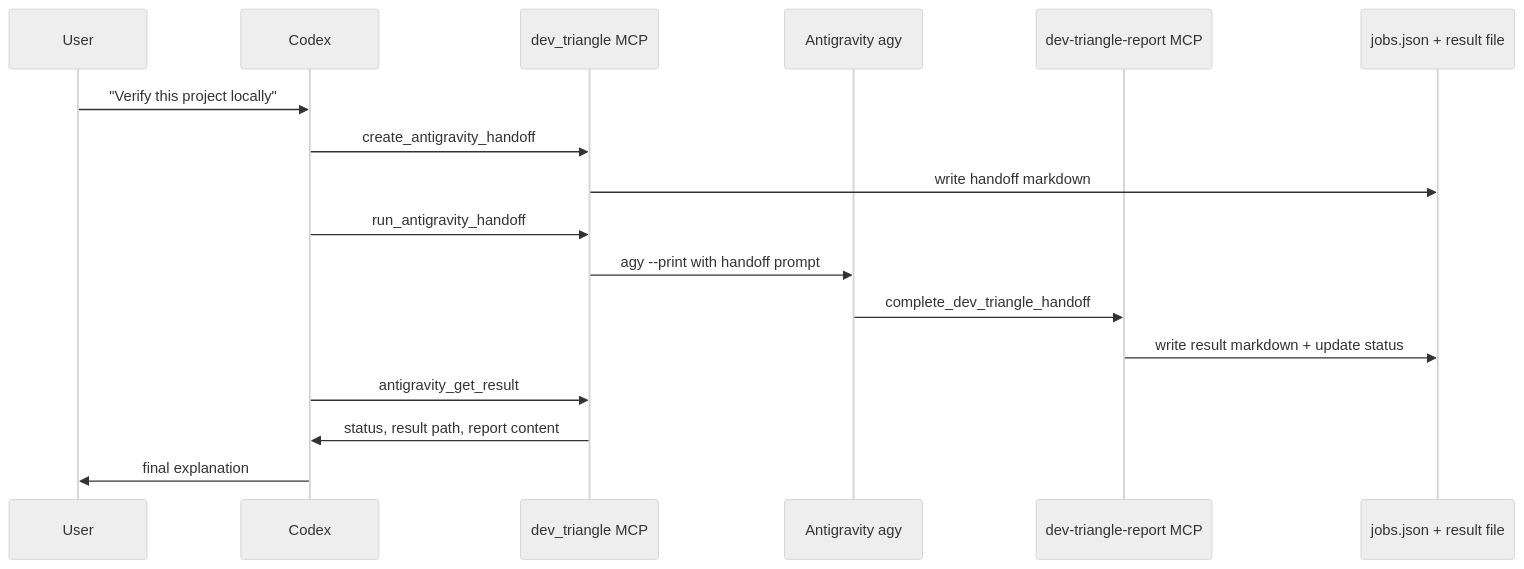
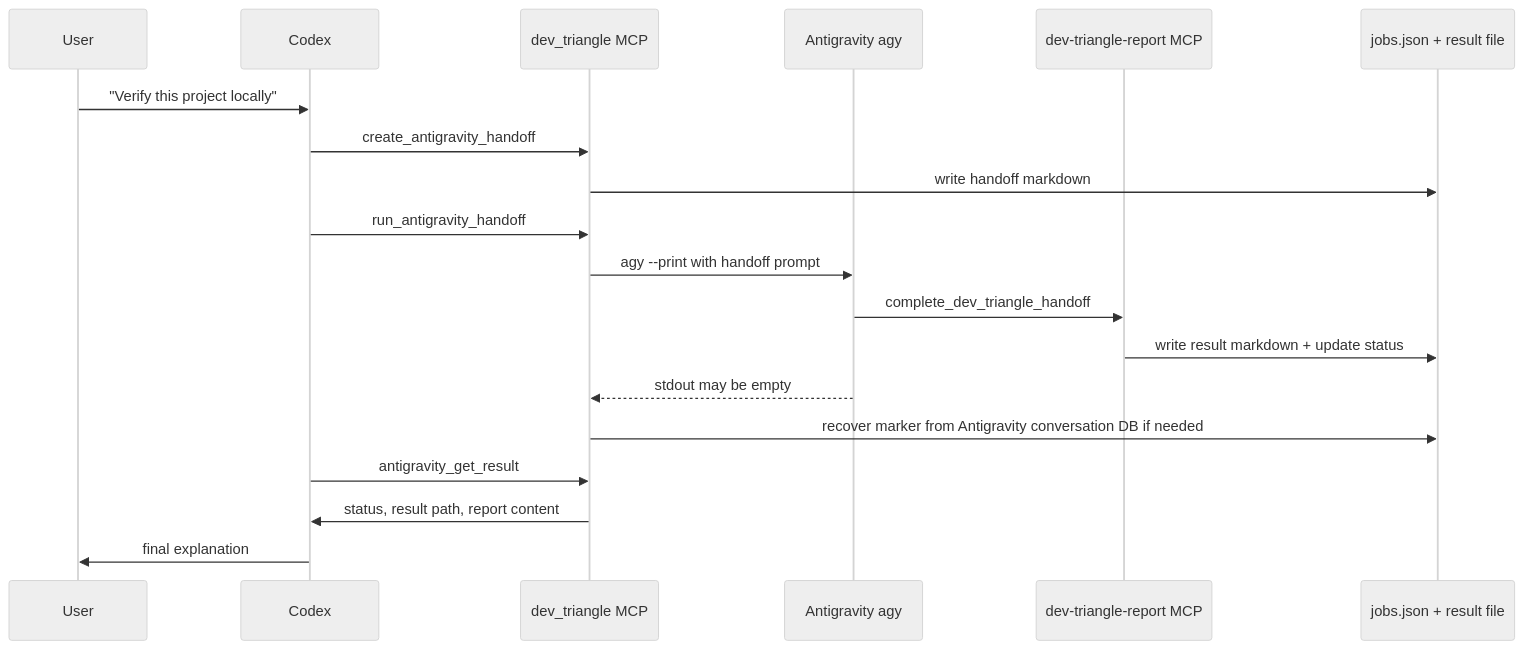
Before and after one commit to SpadesZ/dev-triangle-mcp: the second of 2 diagrams in docs/USER_GUIDE.md, drawn with Mermaid (neutral theme). The commit also changed other lines of this file and 7 other files, not shown here.

Commit message:
Recover Antigravity results from conversation DB

````diff
--- a/docs/USER_GUIDE.md
+++ b/docs/USER_GUIDE.md
@@ -171,20 +171,22 @@
 ```mermaid
 sequenceDiagram
   participant User
   participant Codex
   participant MCP as dev_triangle MCP
   participant AG as Antigravity agy
   participant Report as dev-triangle-report MCP
   participant Ledger as jobs.json + result file
 
   User->>Codex: "Verify this project locally"
   Codex->>MCP: create_antigravity_handoff
   MCP->>Ledger: write handoff markdown
   Codex->>MCP: run_antigravity_handoff
   MCP->>AG: agy --print with handoff prompt
   AG->>Report: complete_dev_triangle_handoff
   Report->>Ledger: write result markdown + update status
+  AG-->>MCP: stdout may be empty
+  MCP->>Ledger: recover marker from Antigravity conversation DB if needed
   Codex->>MCP: antigravity_get_result
   MCP->>Codex: status, result path, report content
   Codex->>User: final explanation
 ```
````
